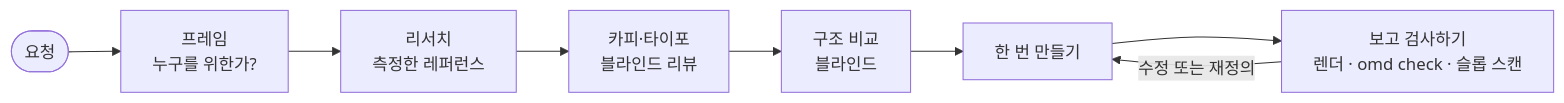
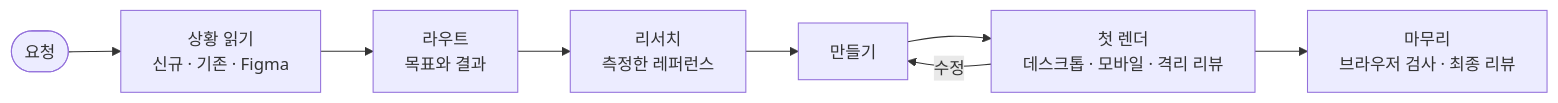
The diagram in README.ko.md (3x-haust/oh-my-design), drawn with Mermaid before and after one commit. The commit also changed other lines of this file and 1 other file, not shown here.

First line of the commit message:
docs: describe the single ultradesign entry and omd-eye reviewer

````diff
--- a/README.ko.md
+++ b/README.ko.md
@@ -68,10 +68,10 @@
 ```mermaid
 flowchart LR
-  A([요청]) --> B[프레임<br/>누구를 위한가?]
-  B --> C[리서치<br/>측정한 레퍼런스]
-  C --> D[카피·타이포<br/>블라인드 리뷰]
-  D --> E[구조 비교<br/>블라인드]
-  E --> F[한 번 만들기]
-  F --> G[보고 검사하기<br/>렌더 · omd check · 슬롭 스캔]
-  G -- 수정 또는 재정의 --> F
+  A([요청]) --> B[상황 읽기<br/>신규 · 기존 · Figma]
+  B --> C[라우트<br/>목표와 결과]
+  C --> D[리서치<br/>측정한 레퍼런스]
+  D --> E[만들기]
+  E --> F[첫 렌더<br/>데스크톱 · 모바일 · 격리 리뷰]
+  F -- 수정 --> E
+  F --> G[마무리<br/>브라우저 검사 · 최종 리뷰]
 ```
````
